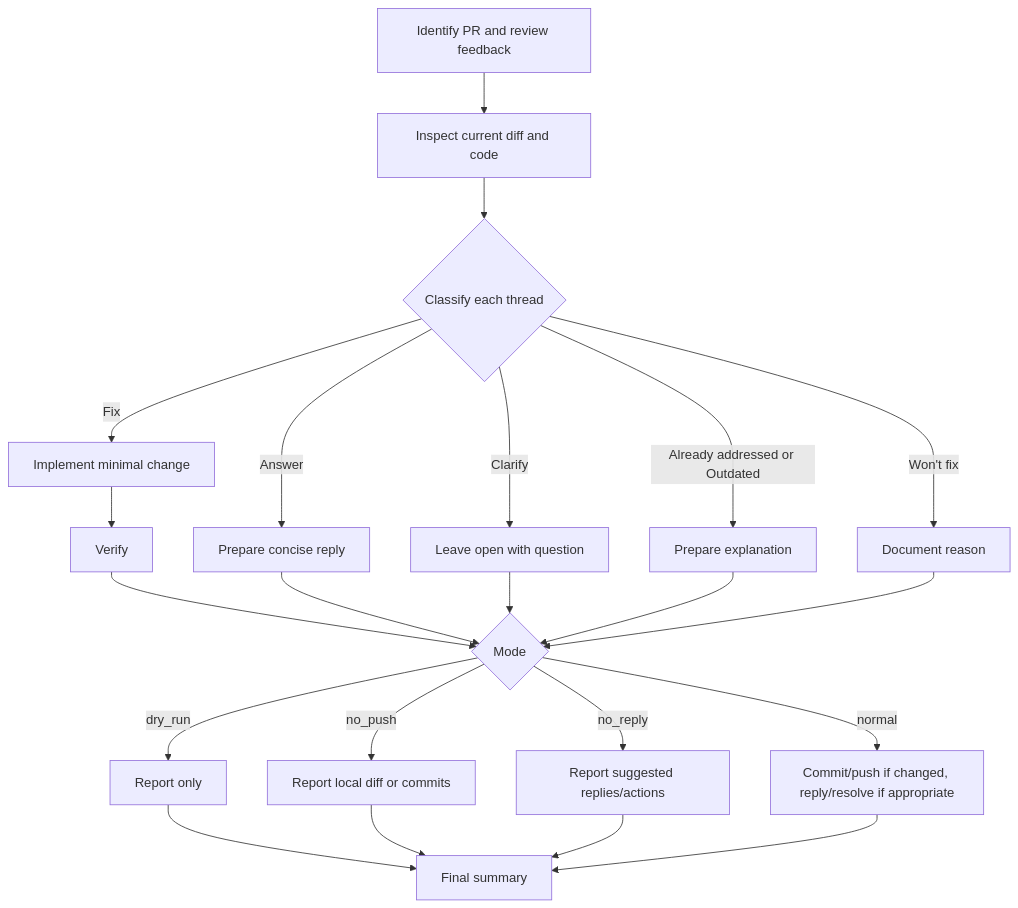
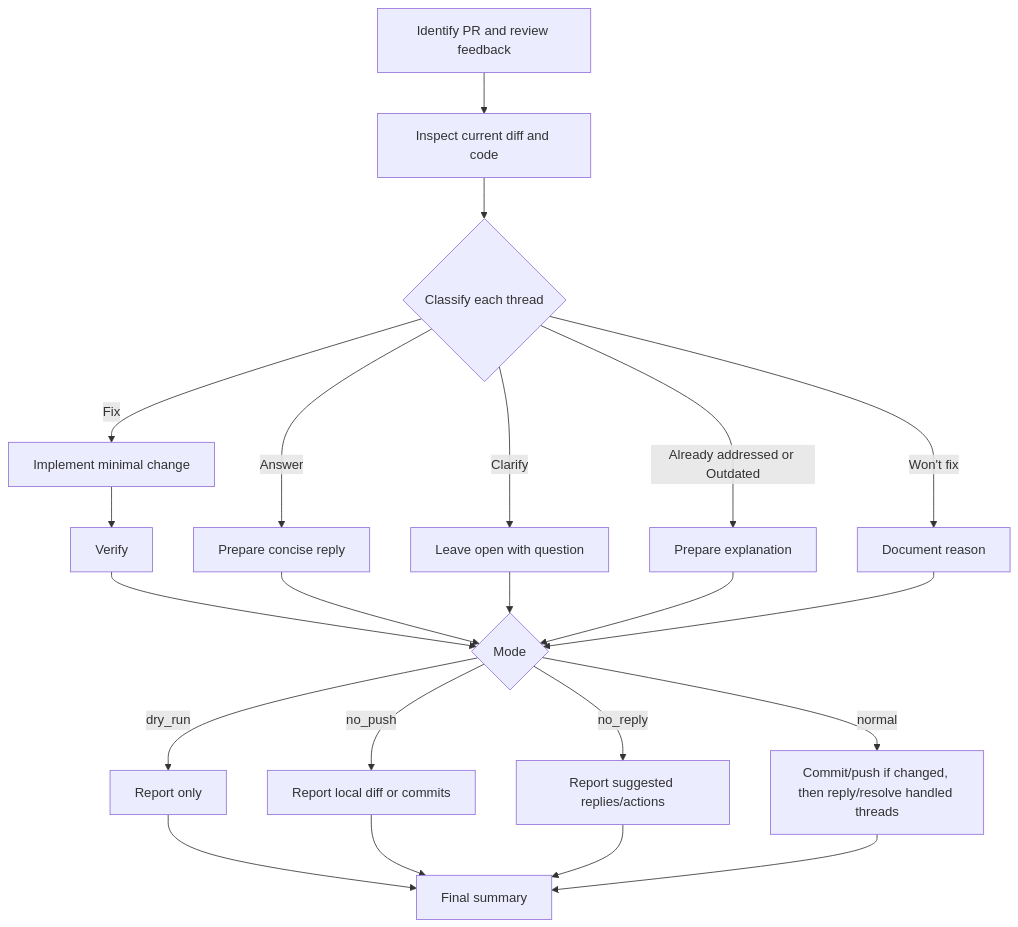
Before and after one commit to dceoy/ai-coding-agent-skills: the diagram in skills/pr-feedback-triage/SKILL.md, drawn with Mermaid. The commit also changed other lines of this file, not shown here.

````diff
--- a/skills/pr-feedback-triage/SKILL.md
+++ b/skills/pr-feedback-triage/SKILL.md
@@ -37,24 +45,24 @@
 ```mermaid
 flowchart TD
   A[Identify PR and review feedback] --> B[Inspect current diff and code]
   B --> C{Classify each thread}
   C -->|Fix| D[Implement minimal change]
   C -->|Answer| E[Prepare concise reply]
   C -->|Clarify| F[Leave open with question]
   C -->|Already addressed or Outdated| G[Prepare explanation]
   C -->|Won't fix| H[Document reason]
   D --> I[Verify]
   I --> J{Mode}
   E --> J
   F --> J
   G --> J
   H --> J
   J -->|dry_run| K[Report only]
   J -->|no_push| L[Report local diff or commits]
   J -->|no_reply| M[Report suggested replies/actions]
-  J -->|normal| N[Commit/push if changed, reply/resolve if appropriate]
+  J -->|normal| N[Commit/push if changed, then reply/resolve handled threads]
   K --> O[Final summary]
   L --> O
   M --> O
   N --> O
 ```
````
